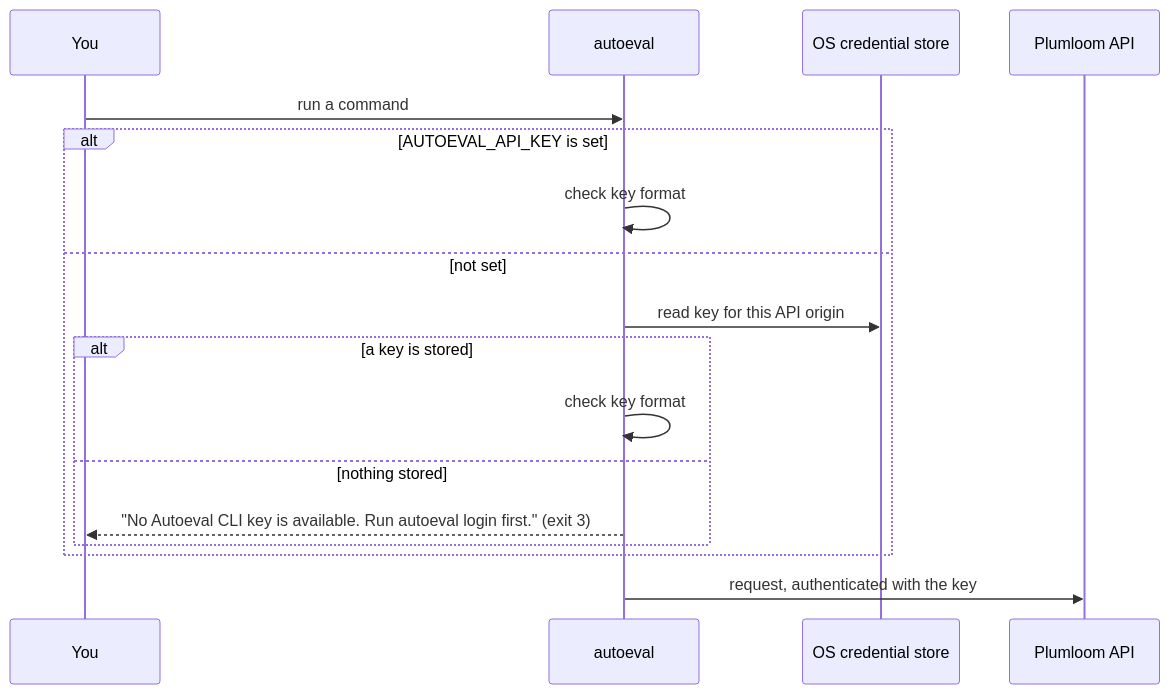
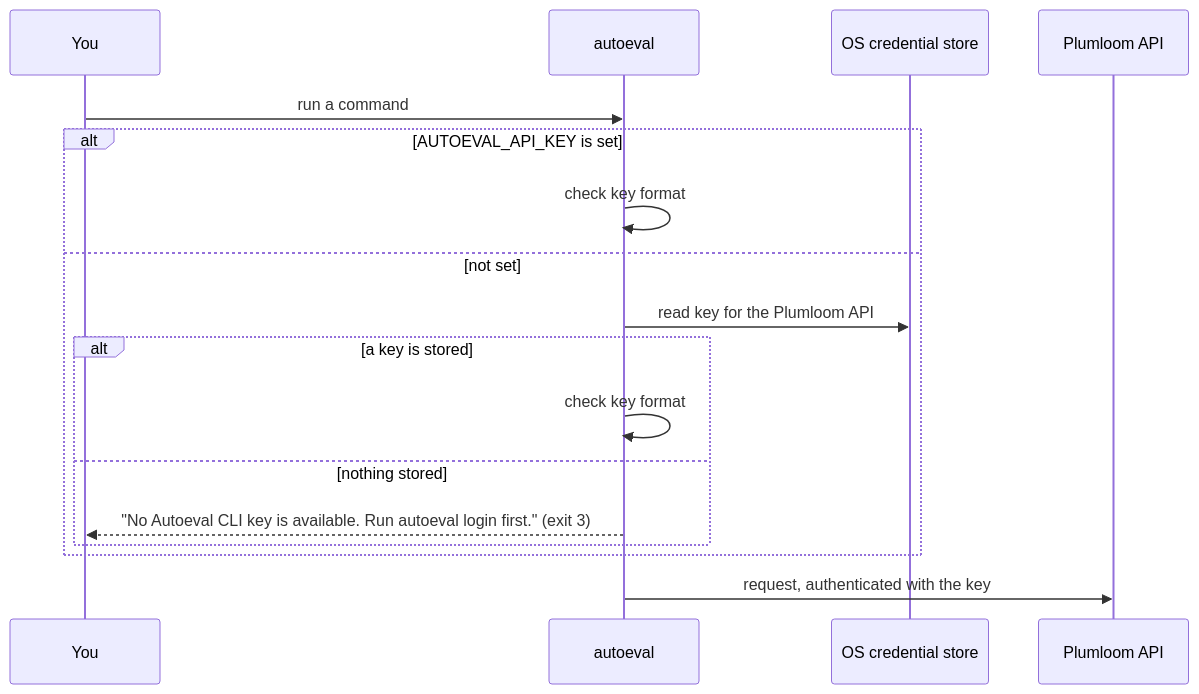
Before and after one commit to AlchemyInCode/plumloom-autoeval-oss: the first of 5 diagrams in docs/public/core-workflows.md, drawn with Mermaid. The commit also changed other lines of this file and 46 other files, not shown here.

First line of the commit message:
fix: use the fixed Plumloom API endpoint (#10)

````diff
--- a/docs/public/core-workflows.md
+++ b/docs/public/core-workflows.md
@@ -21,20 +21,20 @@
 ```mermaid
 sequenceDiagram
     participant You
     participant CLI as autoeval
     participant Store as OS credential store
     participant API as Plumloom API
 
     You->>CLI: run a command
     alt AUTOEVAL_API_KEY is set
         CLI->>CLI: check key format
     else not set
-        CLI->>Store: read key for this API origin
+        CLI->>Store: read key for the Plumloom API
         alt a key is stored
             CLI->>CLI: check key format
         else nothing stored
             CLI-->>You: "No Autoeval CLI key is available. Run autoeval login first." (exit 3)
         end
     end
     CLI->>API: request, authenticated with the key
 ```
````
